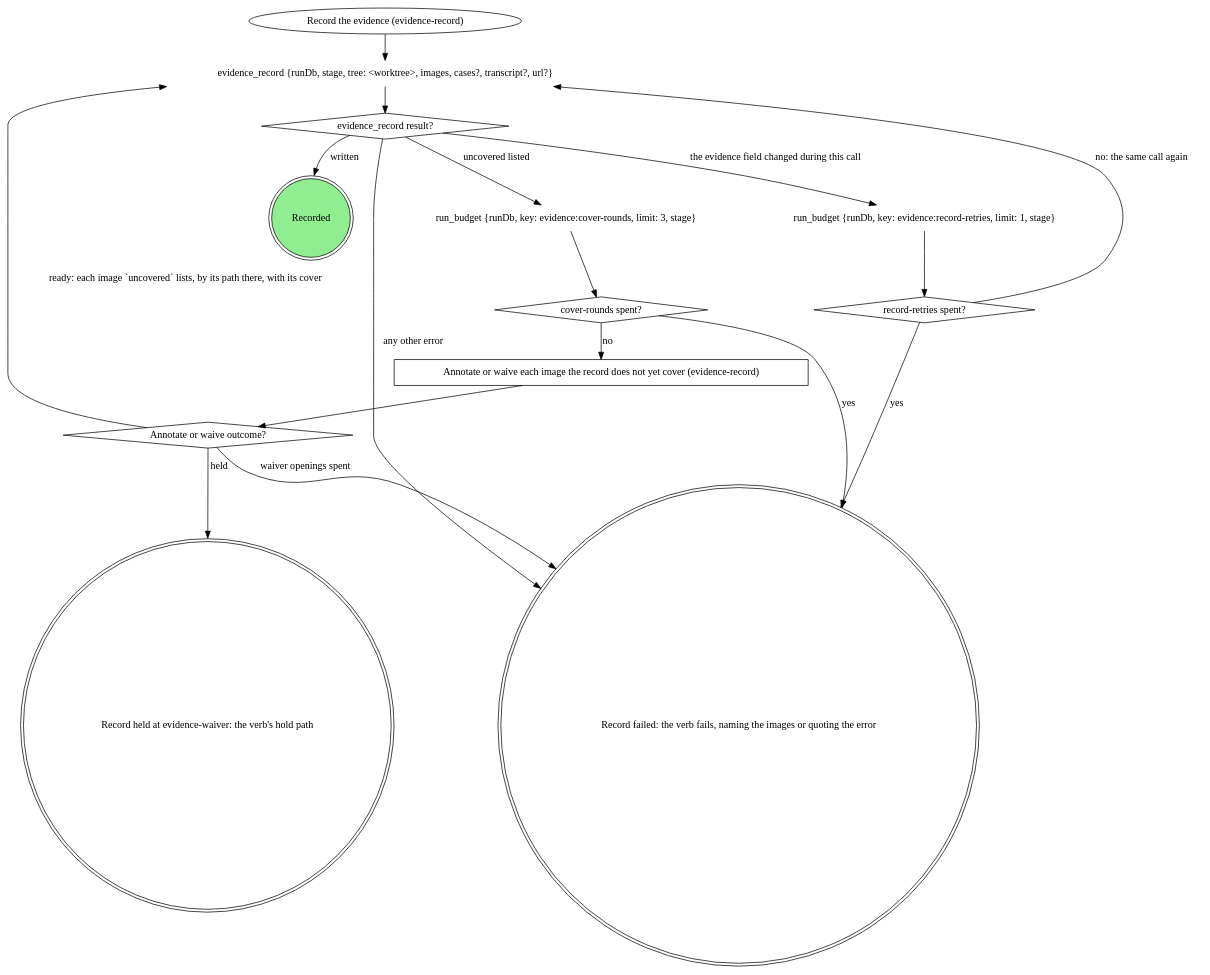
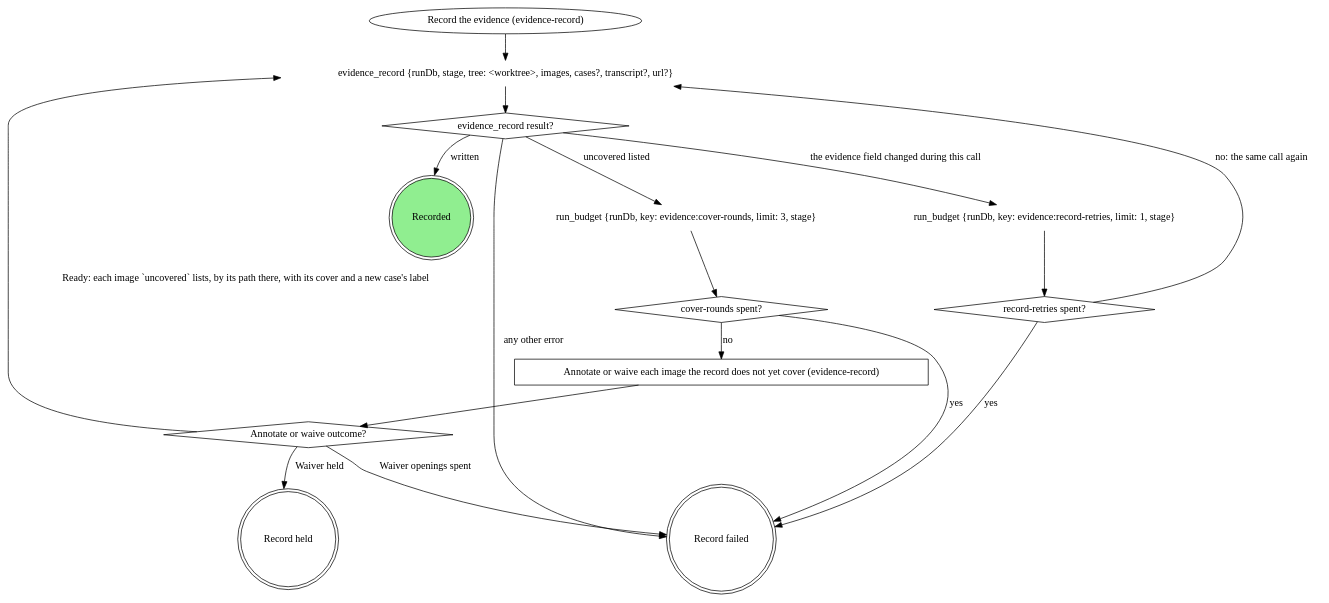
The first of 3 diagrams in plugins/mattstack/attachments/evidence-record/SKILL.md (m4ttstack/mattstack), drawn with Graphviz before and after one commit. The commit also changed other lines of this file, not shown here.

First line of the commit message:
evidence-record: carry new case labels until the record is written

````diff
--- a/plugins/mattstack/attachments/evidence-record/SKILL.md
+++ b/plugins/mattstack/attachments/evidence-record/SKILL.md
@@ -36,31 +36,31 @@
 ```dot
 digraph record_evidence {
     "Record the evidence (evidence-record)" [shape=ellipse];
     "evidence_record {runDb, stage, tree: <worktree>, images, cases?, transcript?, url?}" [shape=plaintext];
     "evidence_record result?" [shape=diamond];
     "run_budget {runDb, key: evidence:cover-rounds, limit: 3, stage}" [shape=plaintext];
     "cover-rounds spent?" [shape=diamond];
     "Annotate or waive each image the record does not yet cover (evidence-record)" [shape=box];
     "Annotate or waive outcome?" [shape=diamond];
     "run_budget {runDb, key: evidence:record-retries, limit: 1, stage}" [shape=plaintext];
     "record-retries spent?" [shape=diamond];
     "Recorded" [shape=doublecircle style=filled fillcolor=lightgreen];
-    "Record held at evidence-waiver: the verb's hold path" [shape=doublecircle];
-    "Record failed: the verb fails, naming the images or quoting the error" [shape=doublecircle];
+    "Record held" [shape=doublecircle];
+    "Record failed" [shape=doublecircle];
 
     "Record the evidence (evidence-record)" -> "evidence_record {runDb, stage, tree: <worktree>, images, cases?, transcript?, url?}" -> "evidence_record result?";
     "evidence_record result?" -> "Recorded" [label="written"];
     "evidence_record result?" -> "run_budget {runDb, key: evidence:cover-rounds, limit: 3, stage}" [label="uncovered listed"];
     "evidence_record result?" -> "run_budget {runDb, key: evidence:record-retries, limit: 1, stage}" [label="the evidence field changed during this call"];
-    "evidence_record result?" -> "Record failed: the verb fails, naming the images or quoting the error" [label="any other error"];
+    "evidence_record result?" -> "Record failed" [label="any other error"];
     "run_budget {runDb, key: evidence:cover-rounds, limit: 3, stage}" -> "cover-rounds spent?";
     "cover-rounds spent?" -> "Annotate or waive each image the record does not yet cover (evidence-record)" [label="no"];
     "Annotate or waive each image the record does not yet cover (evidence-record)" -> "Annotate or waive outcome?";
-    "Annotate or waive outcome?" -> "evidence_record {runDb, stage, tree: <worktree>, images, cases?, transcript?, url?}" [label="ready: each image `uncovered` lists, by its path there, with its cover"];
-    "Annotate or waive outcome?" -> "Record held at evidence-waiver: the verb's hold path" [label="held"];
-    "Annotate or waive outcome?" -> "Record failed: the verb fails, naming the images or quoting the error" [label="waiver openings spent"];
+    "Annotate or waive outcome?" -> "evidence_record {runDb, stage, tree: <worktree>, images, cases?, transcript?, url?}" [label="Ready: each image `uncovered` lists, by its path there, with its cover and a new case's label"];
+    "Annotate or waive outcome?" -> "Record held" [label="Waiver held"];
+    "Annotate or waive outcome?" -> "Record failed" [label="Waiver openings spent"];
     "run_budget {runDb, key: evidence:record-retries, limit: 1, stage}" -> "record-retries spent?";
     "record-retries spent?" -> "evidence_record {runDb, stage, tree: <worktree>, images, cases?, transcript?, url?}" [label="no: the same call again"];
-    {"cover-rounds spent?" "record-retries spent?"} -> "Record failed: the verb fails, naming the images or quoting the error" [label="yes"];
+    {"cover-rounds spent?" "record-retries spent?"} -> "Record failed" [label="yes"];
 }
 ```
````
